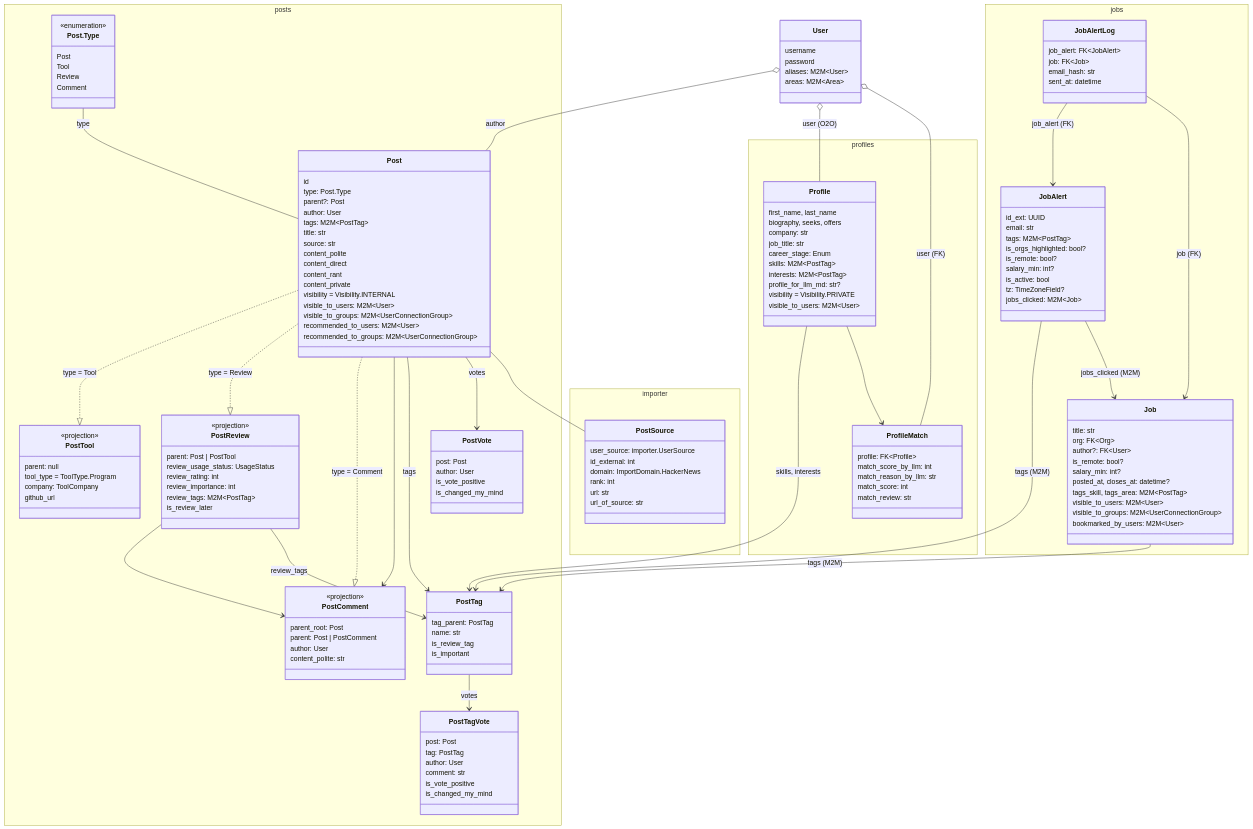
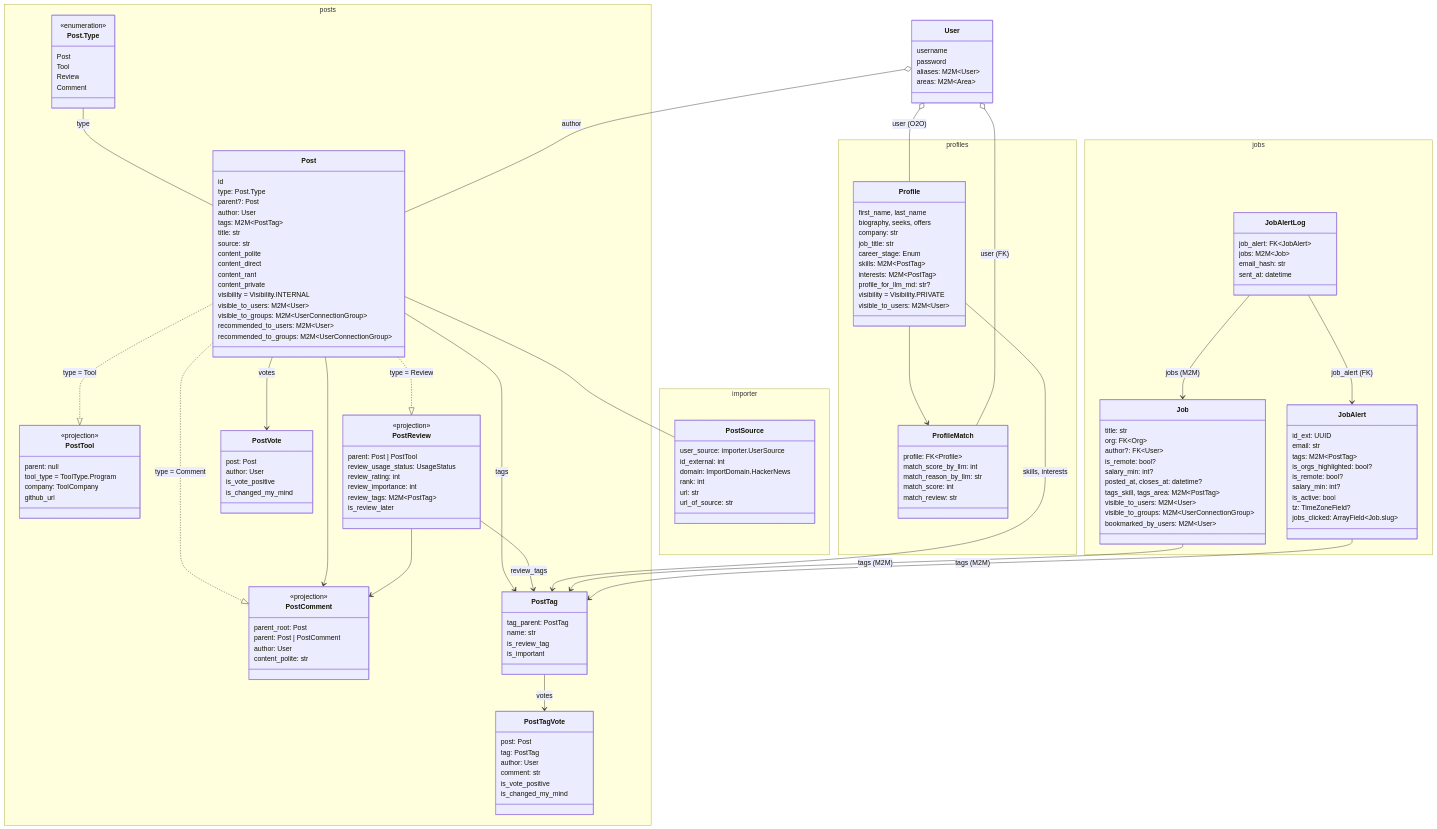
The diagram in docs/architecture/README.md (neuronhub-app/NeuronHub), drawn with Mermaid before and after one commit. The commit also changed 6 other files, not shown here.

First line of the commit message:
refac(jobs): alert JobAlert.jobs_clicked M2M to  ArrayField

```diff
--- a/docs/architecture/README.md
+++ b/docs/architecture/README.md
@@ -164,9 +164,8 @@
 
     Job --> PostTag : tags (M2M)
     JobAlert --> PostTag : tags (M2M)
-    JobAlert --> Job : jobs_clicked (M2M)
     JobAlertLog --> JobAlert : job_alert (FK)
-    JobAlertLog --> Job : job (FK)
+    JobAlertLog --> Job : jobs (M2M)
 
     namespace jobs {
         class Job {
@@ -191,12 +190,12 @@
             salary_min: int?
             is_active: bool
             tz: TimeZoneField?
-            jobs_clicked: M2M~Job~
+            jobs_clicked: ArrayField~Job.slug~
         }
 
         class JobAlertLog {
             job_alert: FK~JobAlert~
-            job: FK~Job~
+            jobs: M2M~Job~
             email_hash: str
             sent_at: datetime
         }
```
